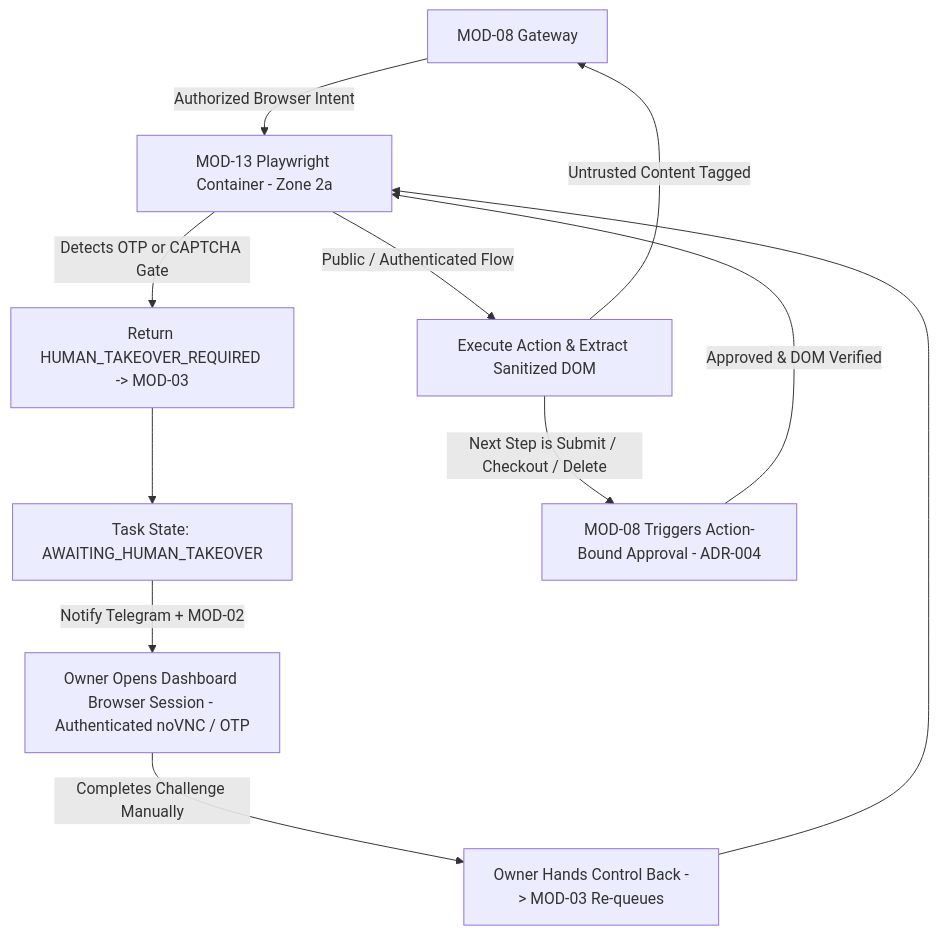
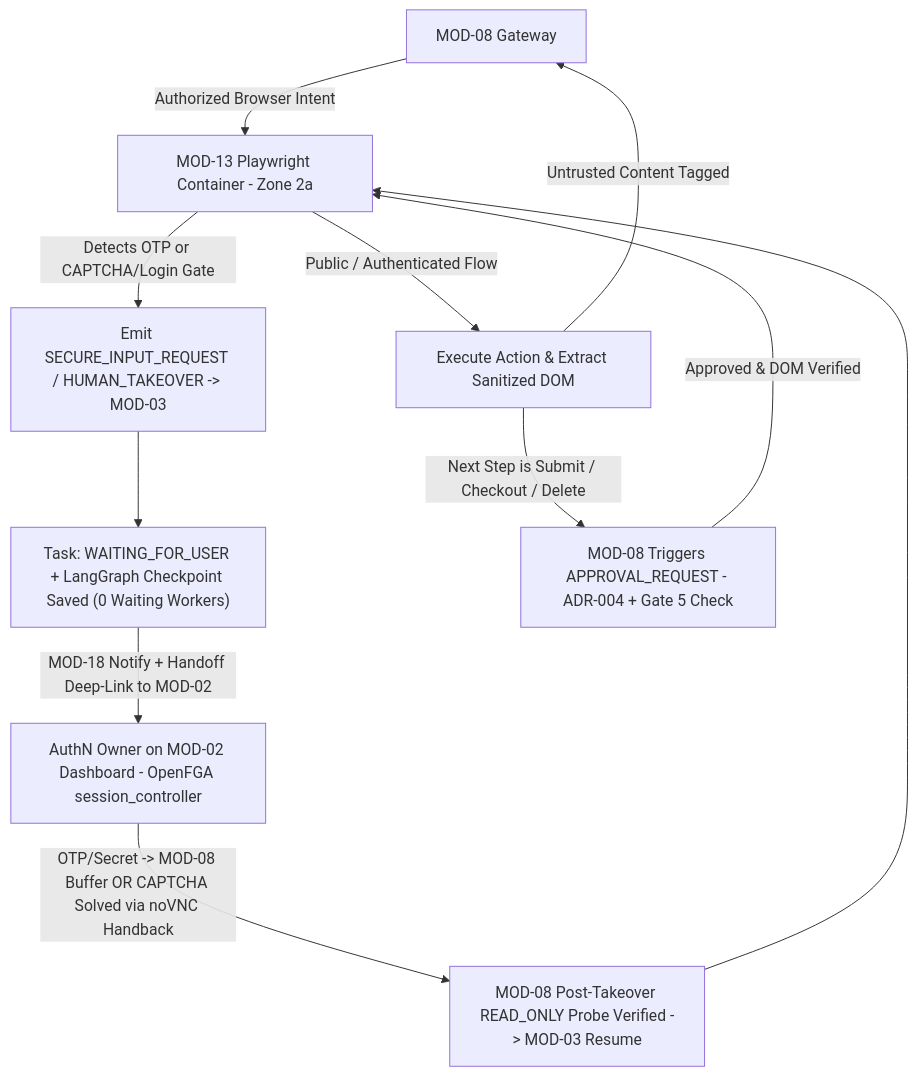
One commit to Abhishek-Kanti/Orbi changed diagram 13 of 26 in docs/02-hld/system-architecture.md. Above: the diagram before and after it, drawn with Mermaid. The commit also changed other lines of this file and 11 other files, not shown here.

````diff
--- a/docs/02-hld/system-architecture.md
+++ b/docs/02-hld/system-architecture.md
@@ -739,15 +1144,15 @@
 ```mermaid
 flowchart TB
     GW["MOD-08 Gateway"] -->|"Authorized Browser Intent"| PW["MOD-13 Playwright Container - Zone 2a"]
     PW -->|"Public / Authenticated Flow"| DOM["Execute Action & Extract Sanitized DOM"]
     DOM -->|"Untrusted Content Tagged"| GW
 
-    PW -->|"Detects OTP or CAPTCHA Gate"| PAUSE["Return HUMAN_TAKEOVER_REQUIRED -> MOD-03"]
-    PAUSE --> WAIT["Task State: AWAITING_HUMAN_TAKEOVER"]
-    WAIT -->|"Notify Telegram + MOD-02"| USER["Owner Opens Dashboard Browser Session - Authenticated noVNC / OTP"]
-    USER -->|"Completes Challenge Manually"| RESUME["Owner Hands Control Back -> MOD-03 Re-queues"]
-    RESUME --> PW
+    PW -->|"Detects OTP or CAPTCHA/Login Gate"| PAUSE["Emit SECURE_INPUT_REQUEST / HUMAN_TAKEOVER -> MOD-03"]
+    PAUSE --> WAIT["Task: WAITING_FOR_USER + LangGraph Checkpoint Saved (0 Waiting Workers)"]
+    WAIT -->|"MOD-18 Notify + Handoff Deep-Link to MOD-02"| USER["AuthN Owner on MOD-02 Dashboard - OpenFGA session_controller"]
+    USER -->|"OTP/Secret -> MOD-08 Buffer OR CAPTCHA Solved via noVNC Handback"| VERIFY["MOD-08 Post-Takeover READ_ONLY Probe Verified -> MOD-03 Resume"]
+    VERIFY --> PW
 
-    DOM -->|"Next Step is Submit / Checkout / Delete"| HITL["MOD-08 Triggers Action-Bound Approval - ADR-004"]
+    DOM -->|"Next Step is Submit / Checkout / Delete"| HITL["MOD-08 Triggers APPROVAL_REQUEST - ADR-004 + Gate 5 Check"]
     HITL -->|"Approved & DOM Verified"| PW
 ```
````
